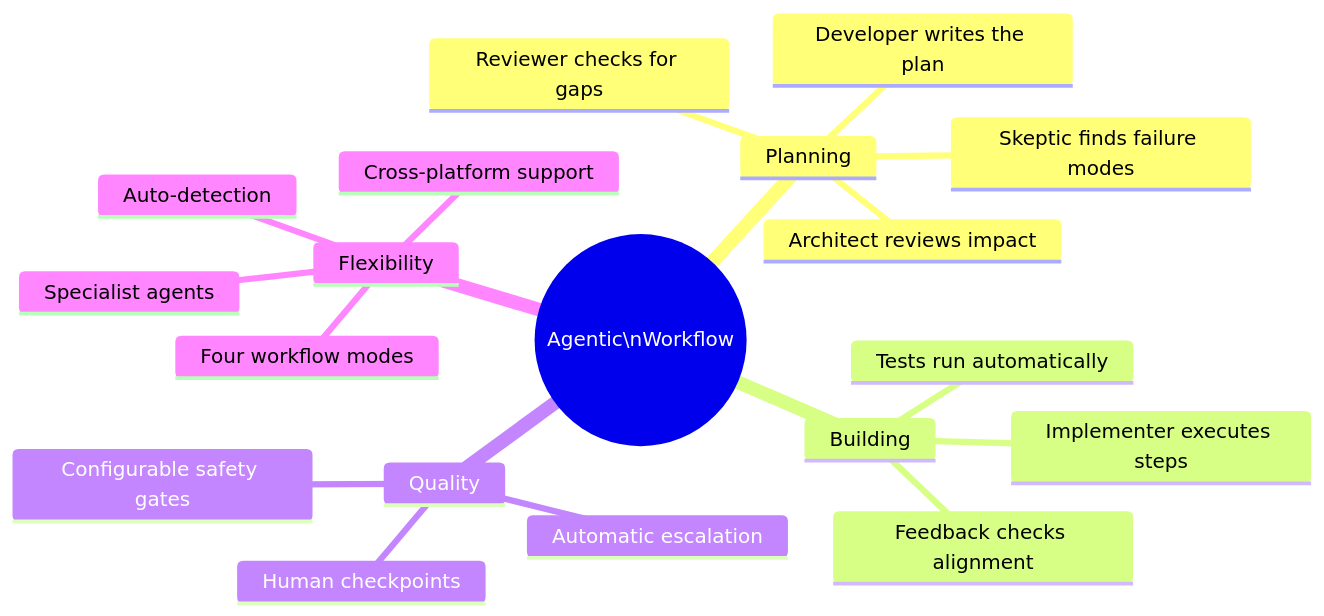
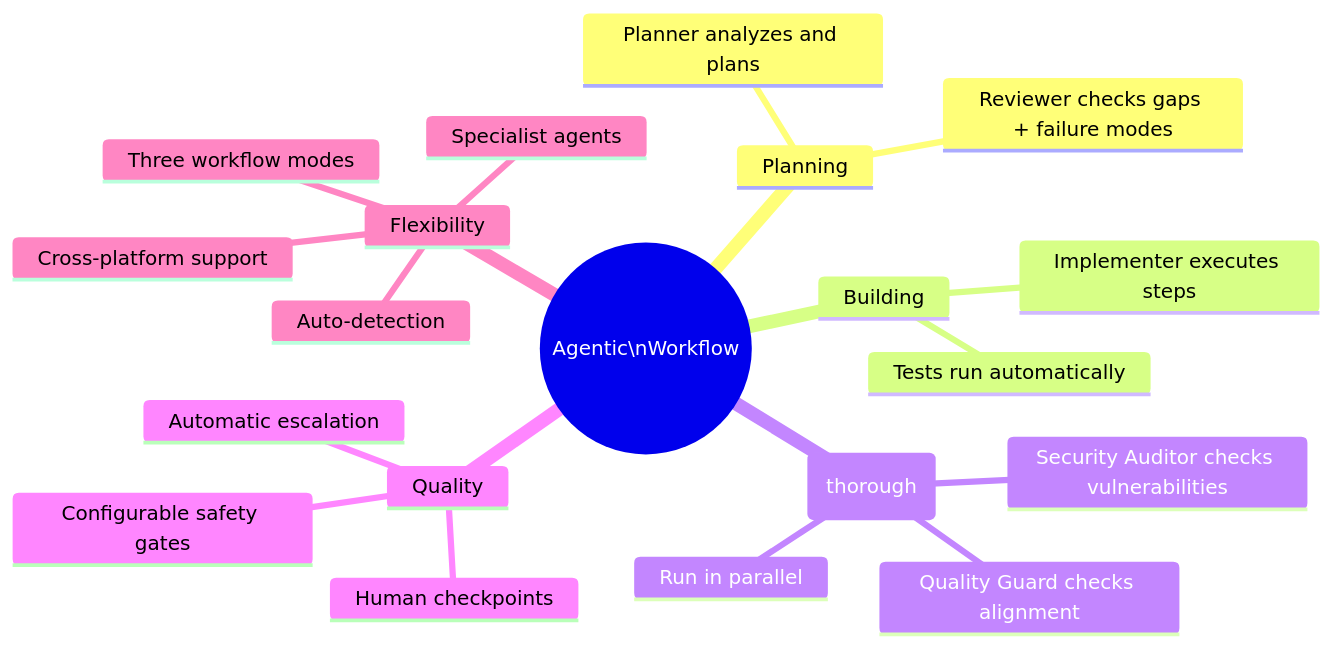
Diagram 11 of 11 in docs/overview.md (ciprianvradu/agentic-workflow), drawn with Mermaid before and after one commit. The commit also changed other lines of this file and 72 other files, not shown here.

First line of the commit message:
Refactor workflow phases: replace 'architect' and 'developer' with 'planner' in tests and scripts

````diff
--- a/docs/overview.md
+++ b/docs/overview.md
@@ -587,22 +573,23 @@
 ```mermaid
 mindmap
   root((Agentic\nWorkflow))
     Planning
-      Architect reviews impact
-      Developer writes the plan
-      Reviewer checks for gaps
-      Skeptic finds failure modes
+      Planner analyzes and plans
+      Reviewer checks gaps + failure modes
     Building
       Implementer executes steps
       Tests run automatically
-      Feedback checks alignment
+    Quality (thorough)
+      Quality Guard checks alignment
+      Security Auditor checks vulnerabilities
+      Run in parallel
     Quality
       Human checkpoints
       Configurable safety gates
       Automatic escalation
     Flexibility
-      Four workflow modes
+      Three workflow modes
       Auto-detection
       Specialist agents
       Cross-platform support
 ```
````
